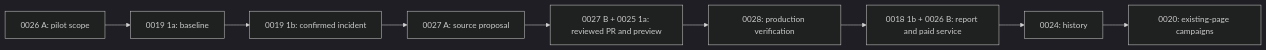
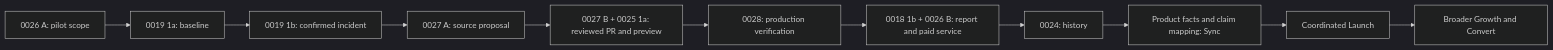
One commit to PlaybookMediaLLC/open-seo changed the diagram in docs/maintainers/rfcs/README.md. Above: the diagram before and after it, drawn with Mermaid (dark theme). The commit also changed other lines of this file and 11 other files, not shown here.

````diff
--- a/docs/maintainers/rfcs/README.md
+++ b/docs/maintainers/rfcs/README.md
@@ -46,11 +48,13 @@
 ```mermaid
 flowchart LR
   A[0026 A: pilot scope] --> B[0019 1a: baseline]
   B --> C[0019 1b: confirmed incident]
   C --> D[0027 A: source proposal]
   D --> E[0027 B + 0025 1a: reviewed PR and preview]
   E --> F[0028: production verification]
   F --> G[0018 1b + 0026 B: report and paid service]
   G --> H[0024: history]
-  H --> I[0020: existing-page campaigns]
+  H --> I[Product facts and claim mapping: Sync]
+  I --> J[Coordinated Launch]
+  J --> K[Broader Growth and Convert]
 ```
````
